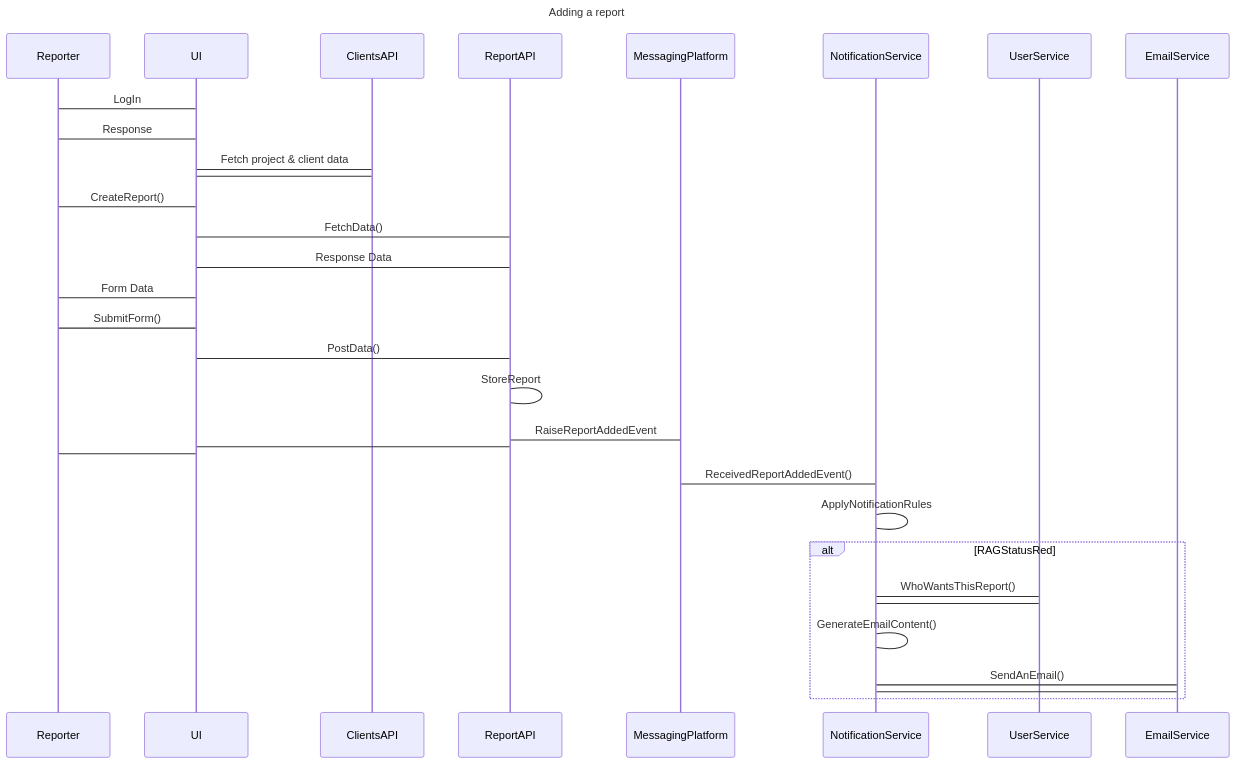
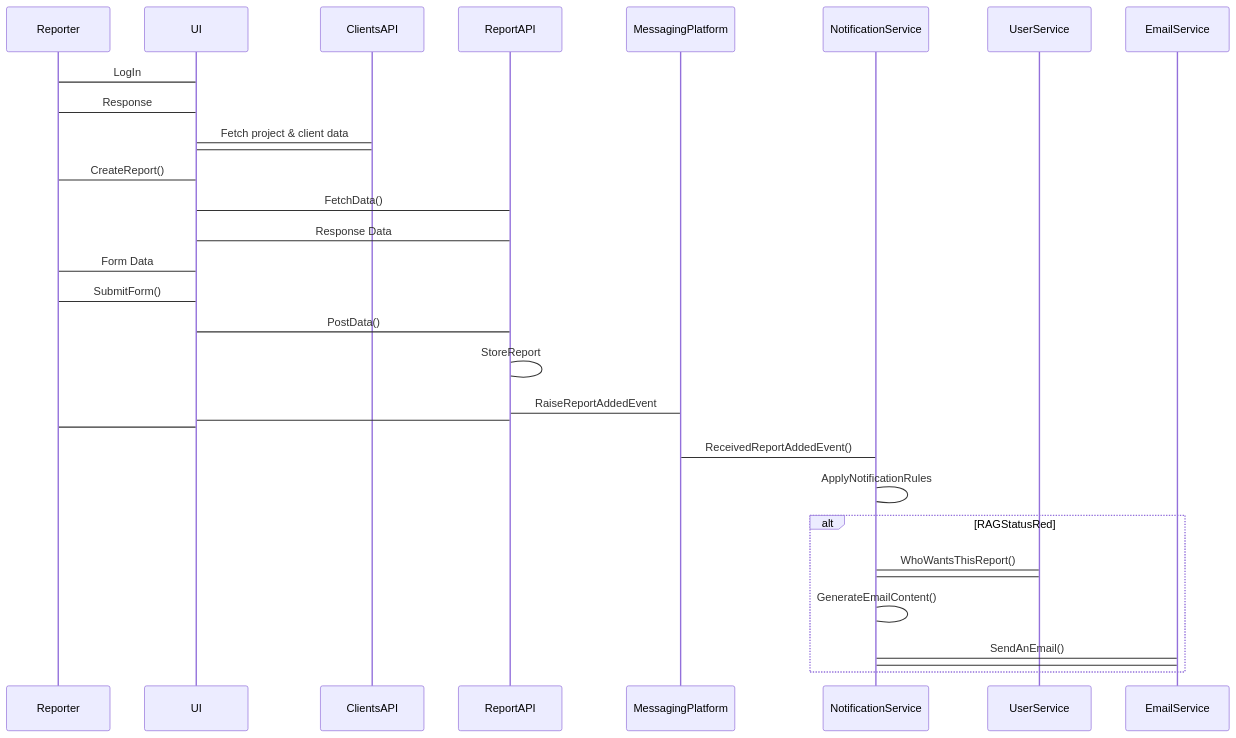
One commit to talentconsulting/talentsuite-audit-service changed the diagram in README.md. Above: the diagram before and after it, drawn with Mermaid. The commit also changed other lines of this file, not shown here.

Commit message:
rendering in markdown

````diff
--- a/README.md
+++ b/README.md
@@ -1,28 +5,26 @@
 ```mermaid
 sequenceDiagram
-title: Adding a report
-
     Reporter->UI: LogIn
     UI->Reporter: Response
     UI->ClientsAPI: Fetch project & client data
     ClientsAPI->UI: 
     Reporter->UI: CreateReport()
     UI->ReportAPI: FetchData()
     ReportAPI->UI: Response Data
     UI->Reporter: Form Data
     Reporter->UI: SubmitForm()
     UI->ReportAPI: PostData()
     ReportAPI->ReportAPI: StoreReport
     ReportAPI->MessagingPlatform: RaiseReportAddedEvent
     ReportAPI->UI: 
     UI->Reporter: 
     MessagingPlatform->NotificationService: ReceivedReportAddedEvent()
     NotificationService->NotificationService: ApplyNotificationRules
     alt RAGStatusRed
     NotificationService->UserService: WhoWantsThisReport()
     UserService->NotificationService: 
     NotificationService->NotificationService: GenerateEmailContent()
     NotificationService->EmailService: SendAnEmail()
     EmailService->NotificationService: 
     end
 ```
````
